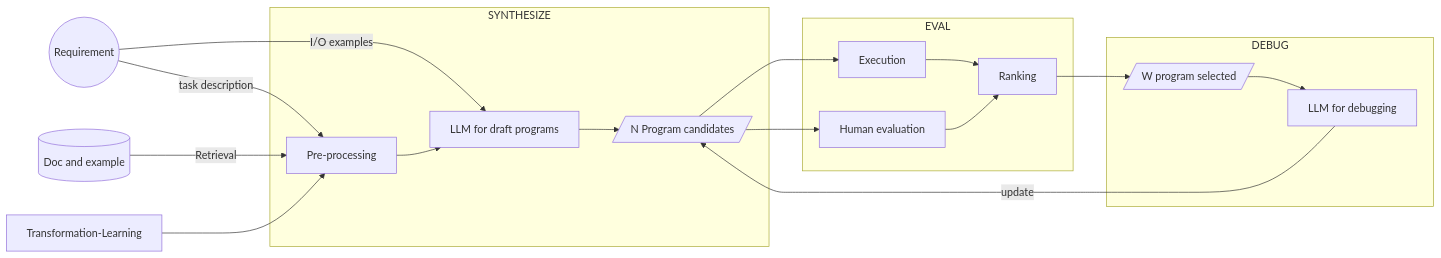
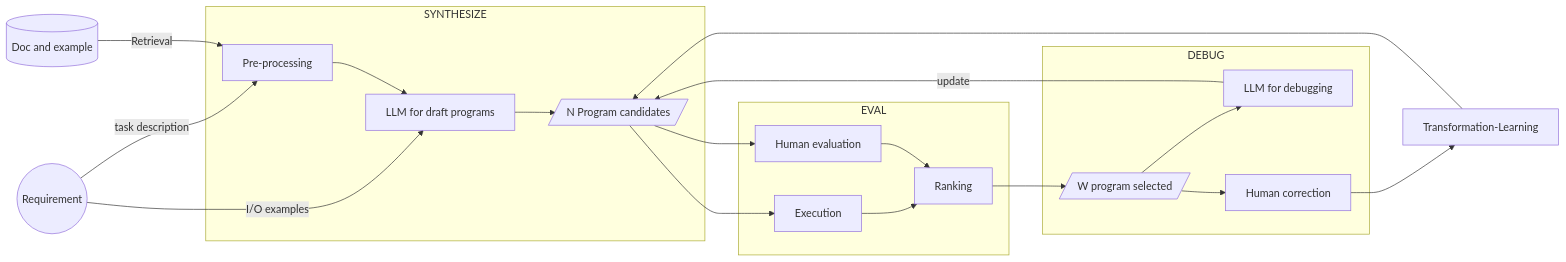
One commit to AI-LLM/ai-llm.github.io changed the second of 2 diagrams in Code-Generation.md. Above: the diagram before and after it, drawn with Mermaid.

````diff
--- a/Code-Generation.md
+++ b/Code-Generation.md
@@ -59,24 +59,24 @@
 ```mermaid
 graph LR;
 S((Requirement)) -- task description --> Pre-processing
 S -- I/O examples --> LLMsynth[LLM for draft programs]
 doc[(Doc and example)] -- Retrieval --> Pre-processing
 subgraph SYNTHESIZE
 Pre-processing --> LLMsynth
 LLMsynth --> PN[/N Program candidates/]
 end
 PN --> Execution
-PN --> Evaluation
+PN --> Evaluation[Human evaluation]
 subgraph EVAL
-Execution
-Evaluation[Human evaluation]
 Execution --> Ranking
 Evaluation --> Ranking
 end
 Ranking --> PS[/W program selected/]
 subgraph DEBUG
 PS --> LLMdebug[LLM for debugging]
+PS --> Correction[Human correction]
 end
 LLMdebug -- update --> PN
-Transformation-Learning --> Pre-processing
+Correction --> Transformation-Learning
+Transformation-Learning --> PN
 ```
````
